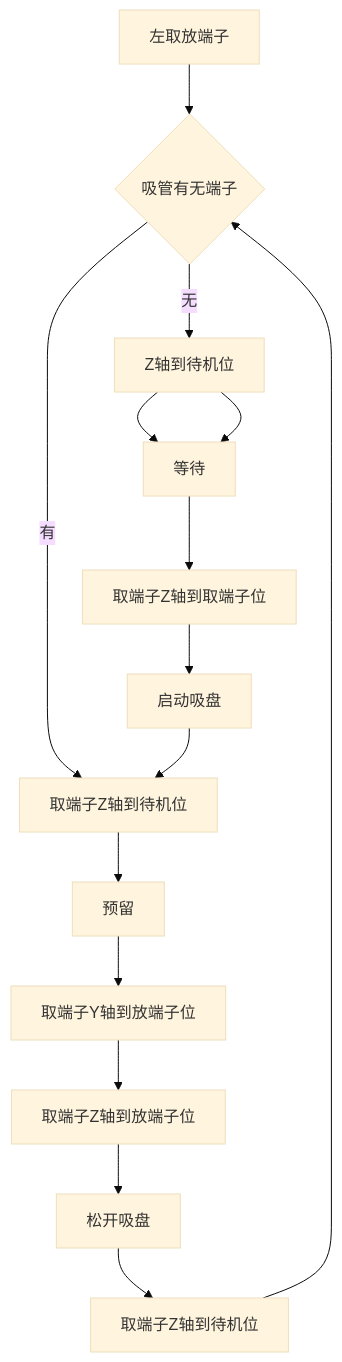
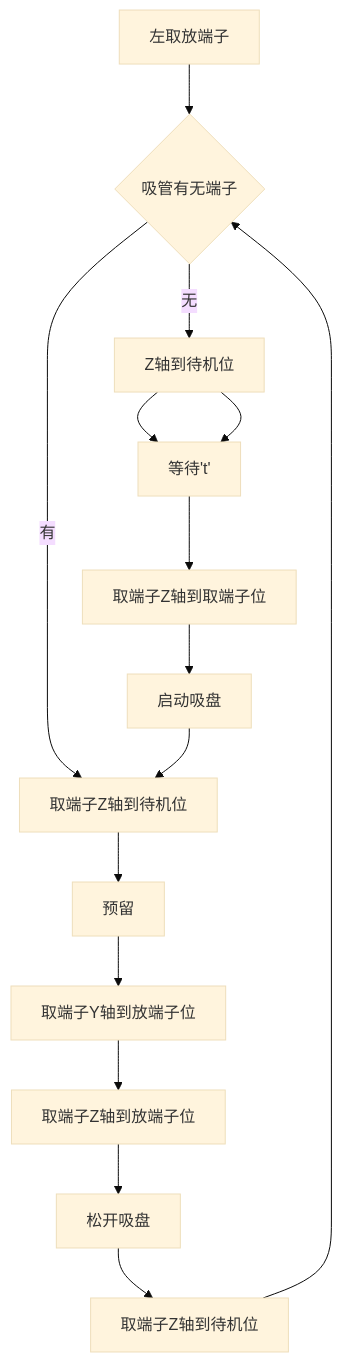
One commit to zmq000/iodraw-files changed the diagram in all/VR-OP90左取放端子.md. Above: the diagram before and after it, drawn with Mermaid (base theme).

Commit message:
2026-06-18 11:28:33 update

````diff
--- a/all/VR-OP90左取放端子.md
+++ b/all/VR-OP90左取放端子.md
@@ -1,19 +1,19 @@
 ```mermaid
 graph TD
 0[左取放端子]-->10
 10{吸管有无端子}-->|有|60
 10-->|无|20
 20[取端子Y轴到取端子位]-->30
 30[托盘X轴到取端子位]-->40
 40[取端子Z轴到取端子位]-->50
 50[启动吸盘]-->60
 60[取端子Z轴到待机位]-->70
 70[预留]-->80
 80[取端子Y轴到放端子位]-->90
 90[取端子Z轴到放端子位]-->100
 100[松开吸盘]-->110
 110[取端子Z轴到待机位]-->10
 
 20[Z轴到待机位]-->30
-30[等待]
+30[等待't']
 ```
````
